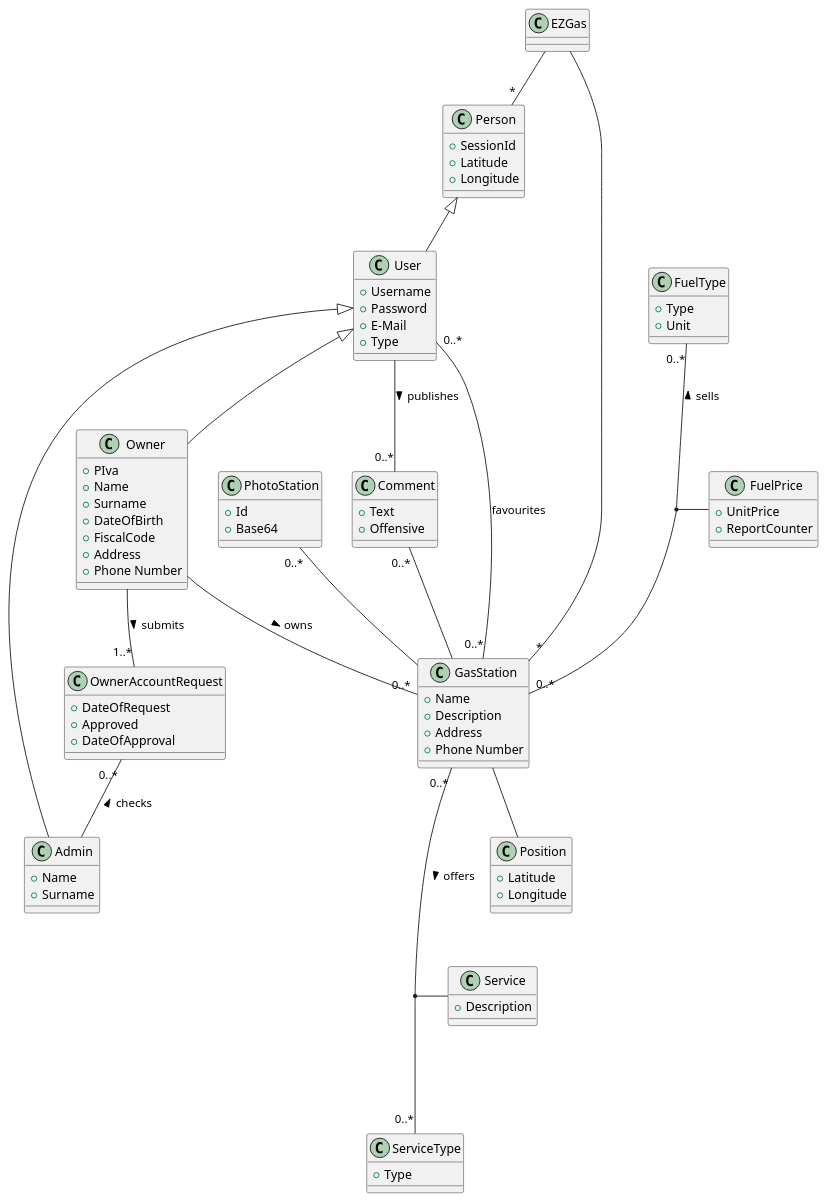
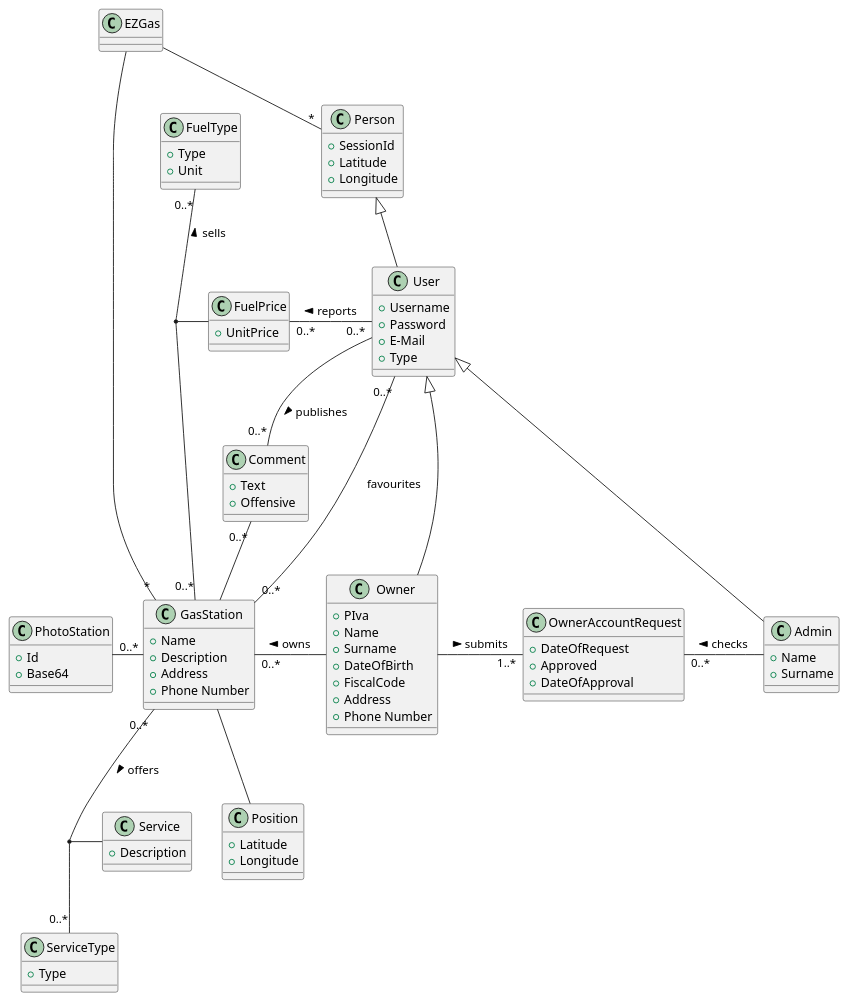
One commit to polito-se2-2020-team6/ezgas changed the third of 5 diagrams in docs/RequirementsDocument.md. Above: the diagram before and after it, drawn with PlantUML. The commit also changed other lines of this file, not shown here.

````diff
--- a/docs/RequirementsDocument.md
+++ b/docs/RequirementsDocument.md
@@ -676,7 +676,6 @@
 }
 class FuelPrice {
 	+ UnitPrice
-	+ ReportCounter
 }
 class Position {
 	+ Latitude
@@ -697,37 +696,37 @@
 	+ Offensive
 }
 class OwnerAccountRequest {
-		+ DateOfRequest
-		+ Approved
-		+ DateOfApproval
+	+ DateOfRequest
+	+ Approved
+	+ DateOfApproval
 }
 
-EZGas -- "*" Person
-EZGas -- "*" GasStation
+Person "*" -up- EZGas
+GasStation "*" -up- EZGas
 
-Person <|-- User
-User <|-- Owner
-User <|-- Admin
+Person <|-down- User
+User <|-down- Owner
+User <|-down- Admin
 
-Owner -- "0..*" GasStation :"> owns"
+Owner -left- "0..*" GasStation :"> owns"
 
-User "0..*" -- "0..*" GasStation :"favourites"
+User "0..*" -down- "0..*" GasStation :"favourites"
+User "0..*" -left- "0..*" FuelPrice :"> reports"
 
-GasStation -- Position
-GasStation "0..*" --- "0..*" ServiceType :"> offers"
-(GasStation, ServiceType) -- Service
+GasStation -down- Position
+GasStation "0..*" -down- "0..*" ServiceType :"> offers"
+(GasStation, ServiceType) -left- Service
 
+FuelType "0..*" -down- "0..*" GasStation :"< sells"
+(GasStation, FuelType) -right- FuelPrice
 
-FuelType "0..*" -- "0..*" GasStation :"< sells"
-(GasStation, FuelType) -- FuelPrice
+PhotoStation "0..*" -right- GasStation
 
-PhotoStation "0..*" -- GasStation
+User -down- "0..*" Comment :"> publishes"
+Comment "0..*" -down- GasStation
 
-User -- "0..*" Comment :"> publishes"
-Comment "0..*" -- GasStation
-
-Owner -- "1..*" OwnerAccountRequest :"> submits"
-OwnerAccountRequest "0..*" -- Admin :"< checks"
+Owner -right- "1..*" OwnerAccountRequest :"> submits"
+OwnerAccountRequest "0..*" -right- Admin :"< checks"
 
 @enduml
 ```
````
